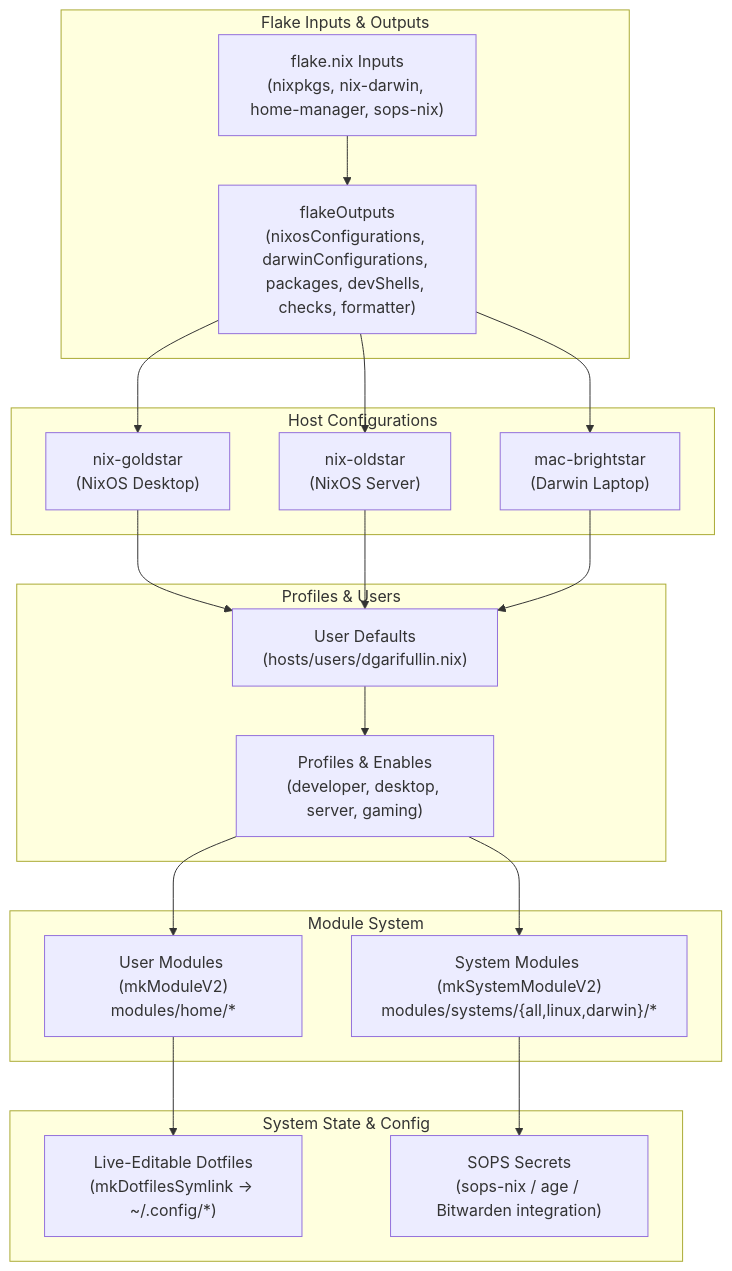
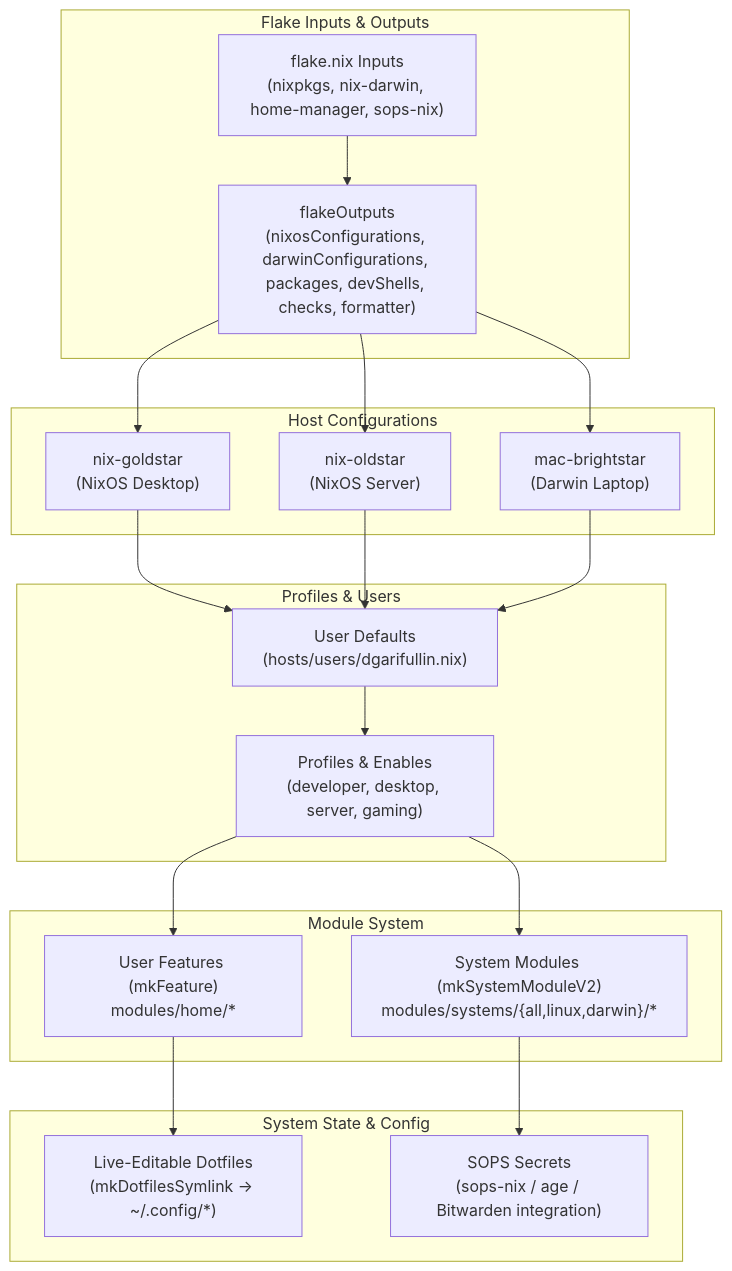
Before and after one commit to GDR/dot: the diagram in README.md, drawn with Mermaid. The commit also changed other lines of this file and 4 other files, not shown here.

````diff
--- a/README.md
+++ b/README.md
@@ -71,40 +71,40 @@
 ```mermaid
 graph TD
     subgraph Inputs["Flake Inputs & Outputs"]
         FI["flake.nix Inputs<br/>(nixpkgs, nix-darwin, home-manager, sops-nix)"]
         FO["flakeOutputs<br/>(nixosConfigurations, darwinConfigurations, packages, devShells, checks, formatter)"]
         FI --> FO
     end
 
     subgraph Hosts["Host Configurations"]
         NG["nix-goldstar<br/>(NixOS Desktop)"]
         NO["nix-oldstar<br/>(NixOS Server)"]
         MB["mac-brightstar<br/>(Darwin Laptop)"]
         FO --> NG
         FO --> NO
         FO --> MB
     end
 
     subgraph Profiles["Profiles & Users"]
         U["User Defaults<br/>(hosts/users/dgarifullin.nix)"]
         P["Profiles & Enables<br/>(developer, desktop, server, gaming)"]
         NG --> U
         NO --> U
         MB --> U
         U --> P
     end
 
     subgraph Modules["Module System"]
-        HM["User Modules (mkModuleV2)<br/>modules/home/*"]
+        HM["User Features (mkFeature)<br/>modules/home/*"]
         SM["System Modules (mkSystemModuleV2)<br/>modules/systems/{all,linux,darwin}/*"]
         P --> HM
         P --> SM
     end
 
     subgraph Targets["System State & Config"]
         DOT["Live-Editable Dotfiles<br/>(mkDotfilesSymlink → ~/.config/*)"]
         SECR["SOPS Secrets<br/>(sops-nix / age / Bitwarden integration)"]
         HM --> DOT
         SM --> SECR
     end
 ```
````
